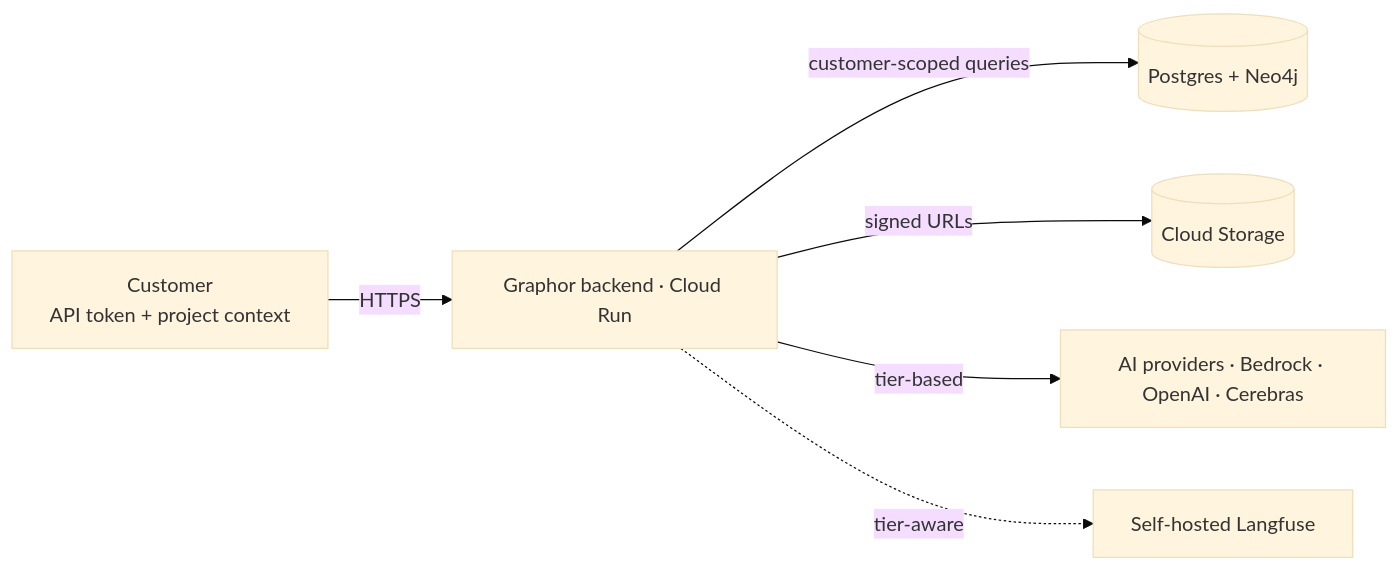
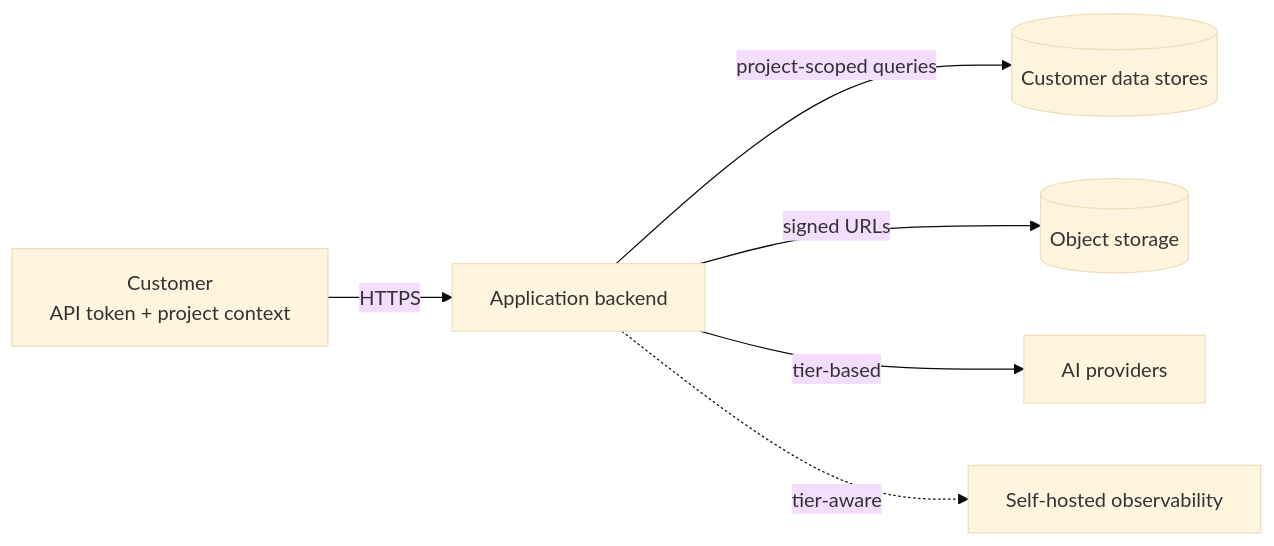
One commit to lucasfneves14/graphorlm-docs changed the diagram in trust/overview.mdx. Above: the diagram before and after it, drawn with Mermaid (base theme). The commit also changed other lines of this file and 12 other files, not shown here.

````diff
--- a/trust/overview.mdx
+++ b/trust/overview.mdx
@@ -34,9 +34,9 @@
 ```mermaid
 flowchart LR
     C[Customer<br/>API token + project context]
-    C -->|HTTPS| API[Graphor backend · Cloud Run]
-    API -->|customer-scoped queries| PG[(Postgres + Neo4j)]
-    API -->|signed URLs| GCS[(Cloud Storage)]
-    API -->|tier-based| LLM[AI providers · Bedrock · OpenAI · Cerebras]
-    API -. tier-aware .-> OBS[Self-hosted Langfuse]
+    C -->|HTTPS| API[Application backend]
+    API -->|project-scoped queries| DB[(Customer data stores)]
+    API -->|signed URLs| STORE[(Object storage)]
+    API -->|tier-based| LLM[AI providers]
+    API -. tier-aware .-> OBS[Self-hosted observability]
 ```
````
